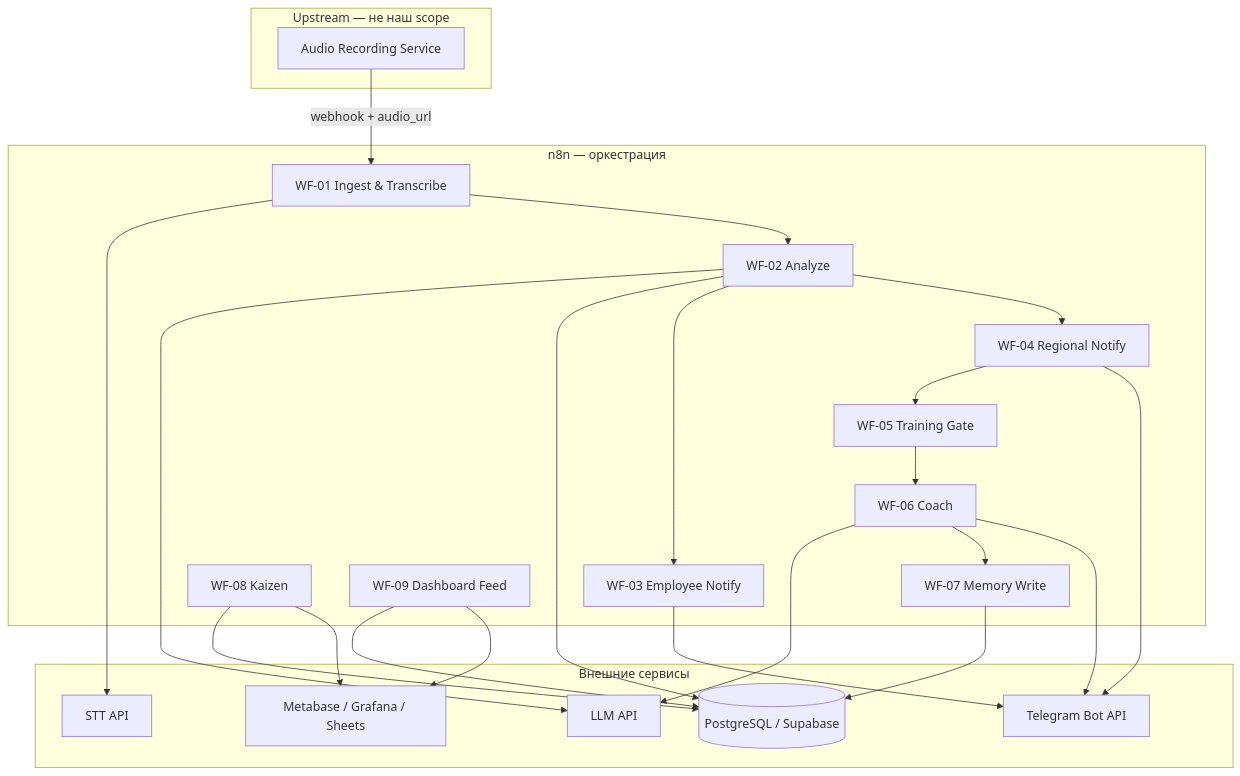
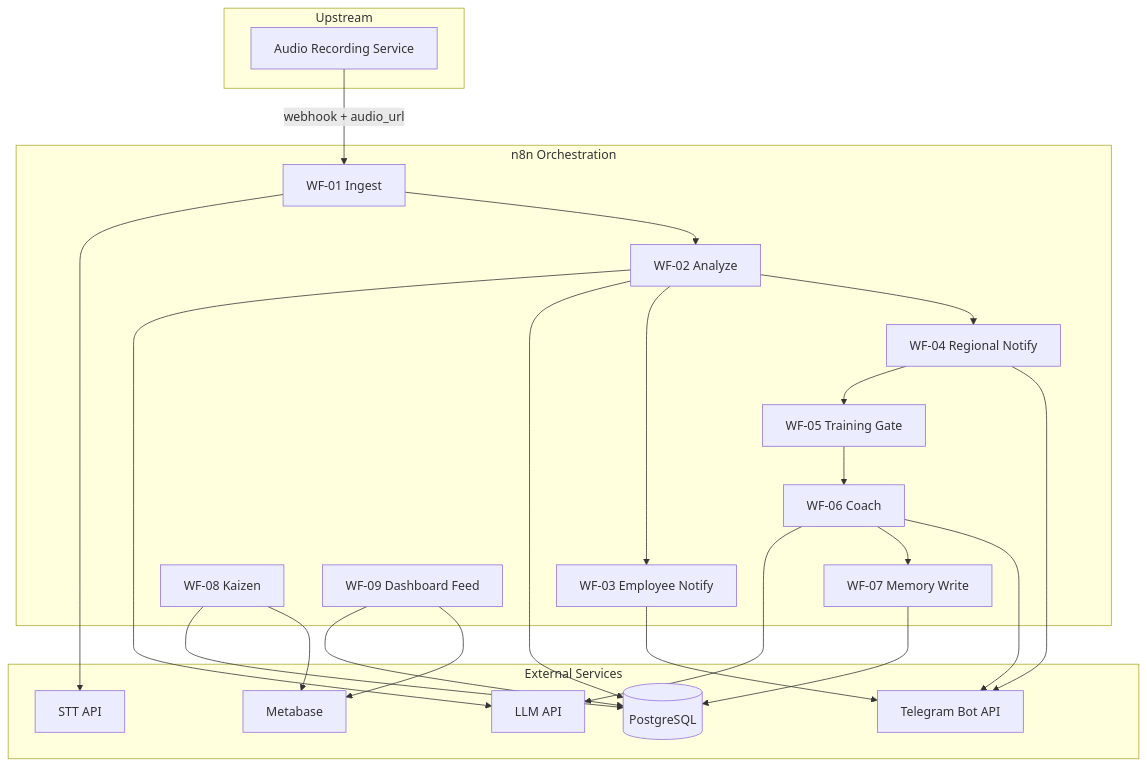
Before and after one commit to Paladdy/sales_flow_test: the diagram in README.md, drawn with Mermaid. The commit also changed other lines of this file, not shown here.

````diff
--- a/README.md
+++ b/README.md
@@ -36,46 +42,46 @@
 ```mermaid
 flowchart TB
-    subgraph upstream [Upstream — не наш scope]
+    subgraph upstream [Upstream]
         REC[Audio Recording Service]
     end
 
-    subgraph n8n [n8n — оркестрация]
-        ING[WF-01 Ingest & Transcribe]
+    subgraph n8n [n8n Orchestration]
+        ING[WF-01 Ingest]
         AN[WF-02 Analyze]
         NE[WF-03 Employee Notify]
         NR[WF-04 Regional Notify]
         TG[WF-05 Training Gate]
         CO[WF-06 Coach]
         MEM[WF-07 Memory Write]
         KZ[WF-08 Kaizen]
         DS[WF-09 Dashboard Feed]
     end
 
-    subgraph external [Внешние сервисы]
+    subgraph external [External Services]
         STT[STT API]
         LLM[LLM API]
-        DB[(PostgreSQL / Supabase)]
+        DB[(PostgreSQL)]
         TGAPI[Telegram Bot API]
-        DASH[Metabase / Grafana / Sheets]
+        DASH[Metabase]
     end
 
     REC -->|webhook + audio_url| ING
     ING --> STT
     ING --> AN
     AN --> LLM
     AN --> DB
     AN --> NE
     AN --> NR
     NR --> TG
     TG --> CO
     CO --> LLM
     CO --> MEM
     MEM --> DB
     KZ --> DB
     KZ --> DASH
     DS --> DB
     DS --> DASH
     NE --> TGAPI
     NR --> TGAPI
     CO --> TGAPI
 ```
````
